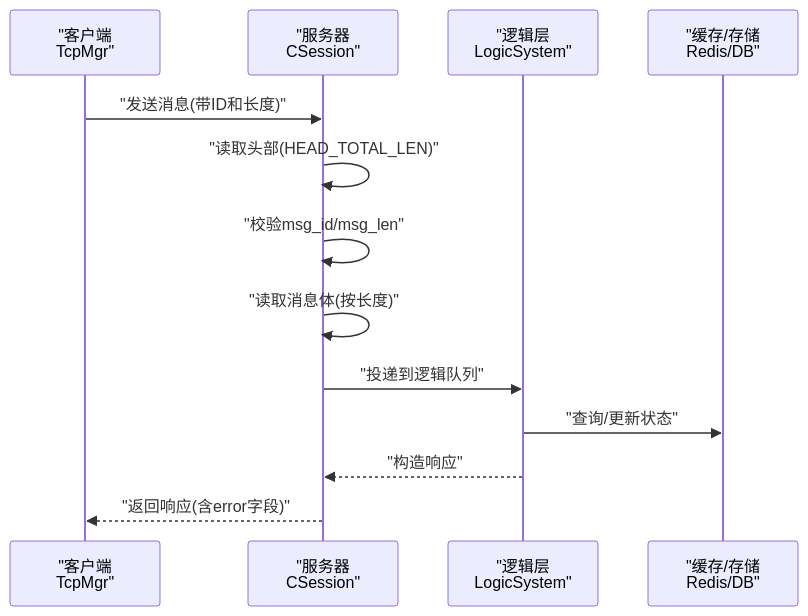
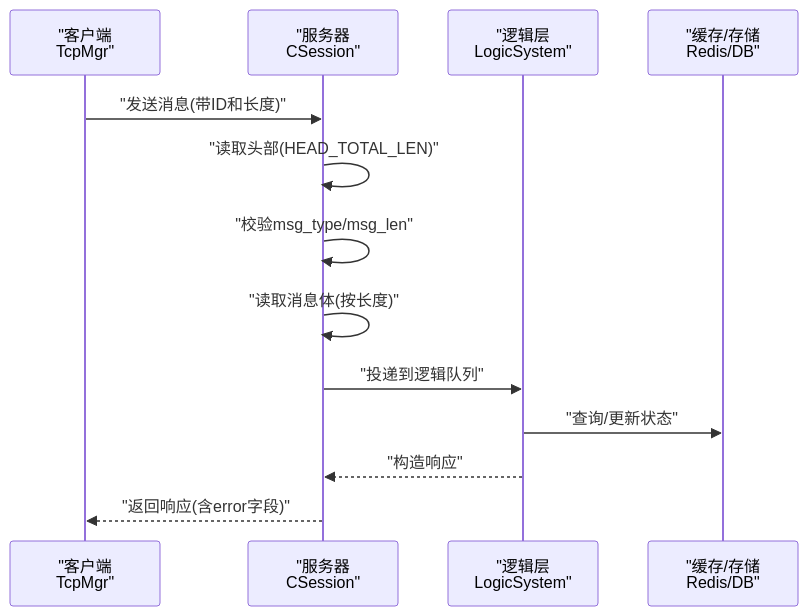
One commit to echo9923/mychatter changed the second of 6 diagrams in .qoder/repowiki/zh/content/故障排查/网络连接问题.md. Above: the diagram before and after it, drawn with Mermaid. The commit also changed other lines of this file and 128 other files, not shown here.

First line of the commit message:
refactor(protocol): TCP 帧头消息类型 msg_id 全局改名为 msg_type

````diff
--- a/.qoder/repowiki/zh/content/故障排查/网络连接问题.md
+++ b/.qoder/repowiki/zh/content/故障排查/网络连接问题.md
@@ -97,15 +97,15 @@
 ```mermaid
 sequenceDiagram
 participant Client as "客户端<br/>TcpMgr"
 participant Server as "服务器<br/>CSession"
 participant Logic as "逻辑层<br/>LogicSystem"
 participant Cache as "缓存/存储<br/>Redis/DB"
 Client->>Server : "发送消息(带ID和长度)"
 Server->>Server : "读取头部(HEAD_TOTAL_LEN)"
-Server->>Server : "校验msg_id/msg_len"
+Server->>Server : "校验msg_type/msg_len"
 Server->>Server : "读取消息体(按长度)"
 Server->>Logic : "投递到逻辑队列"
 Logic->>Cache : "查询/更新状态"
 Logic-->>Server : "构造响应"
 Server-->>Client : "返回响应(含error字段)"
 ```
````
